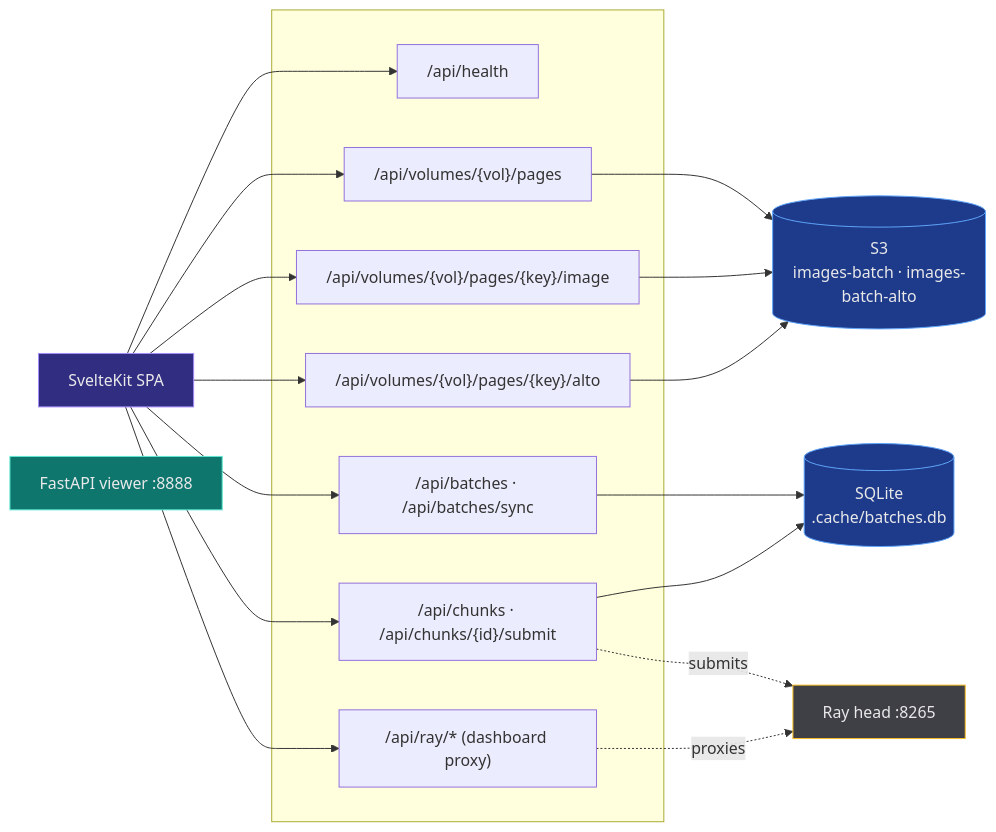
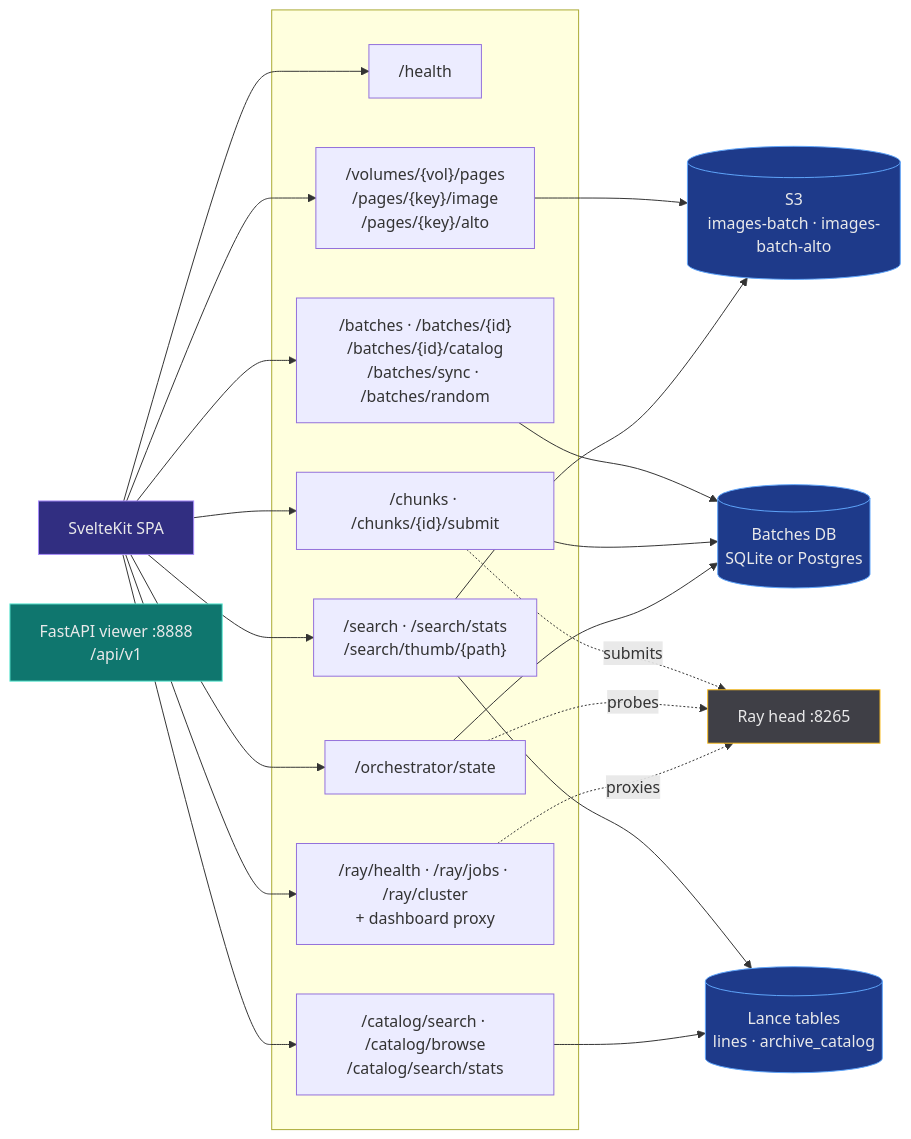
Before and after one commit to AI-Riksarkivet/rask: the fourth of 5 diagrams in docs/architecture/system-overview.md, drawn with Mermaid. The commit also changed other lines of this file and 9 other files, not shown here.

````diff
--- a/docs/architecture/system-overview.md
+++ b/docs/architecture/system-overview.md
@@ -197,41 +223,48 @@
 ```mermaid
 flowchart LR
     spa["SvelteKit SPA"]
-    api["FastAPI viewer :8888"]
+    api["FastAPI viewer :8888<br/>/api/v1"]
 
     subgraph endpoints[" "]
-        e1["/api/health"]
-        e2["/api/volumes/{vol}/pages"]
-        e3["/api/volumes/{vol}/pages/{key}/image"]
-        e4["/api/volumes/{vol}/pages/{key}/alto"]
-        e5["/api/batches · /api/batches/sync"]
-        e6["/api/chunks · /api/chunks/{id}/submit"]
-        e7["/api/ray/* (dashboard proxy)"]
+        e1["/health"]
+        e2["/volumes/{vol}/pages<br/>/pages/{key}/image<br/>/pages/{key}/alto"]
+        e3["/batches · /batches/{id}<br/>/batches/{id}/catalog<br/>/batches/sync · /batches/random"]
+        e4["/chunks · /chunks/{id}/submit"]
+        e5["/search · /search/stats<br/>/search/thumb/{path}"]
+        e6["/catalog/search · /catalog/browse<br/>/catalog/search/stats"]
+        e7["/orchestrator/state"]
+        e8["/ray/health · /ray/jobs · /ray/cluster<br/>+ dashboard proxy"]
     end
 
     s3[("S3<br/>images-batch · images-batch-alto")]
-    db[(SQLite<br/>.cache/batches.db)]
+    db[("Batches DB<br/>SQLite or Postgres")]
+    lance[("Lance tables<br/>lines · archive_catalog")]
     rayhead["Ray head :8265"]
 
     spa --> e1
     spa --> e2
     spa --> e3
     spa --> e4
     spa --> e5
     spa --> e6
     spa --> e7
+    spa --> e8
 
     e2 --> s3
-    e3 --> s3
-    e4 --> s3
-    e5 --> db
-    e6 --> db
-    e6 -.submits.-> rayhead
-    e7 -.proxies.-> rayhead
+    e3 --> db
+    e4 --> db
+    e4 -.submits.-> rayhead
+    e5 --> lance
+    e5 --> s3
+    e6 --> lance
+    e7 --> db
+    e7 -.probes.-> rayhead
+    e8 -.proxies.-> rayhead
 
     style spa fill:#312e81,stroke:#a78bfa,color:#e9e9ea
     style api fill:#0f766e,stroke:#5eead4,color:#e9e9ea
     style s3 fill:#1e3a8a,stroke:#60a5fa,color:#e9e9ea
     style db fill:#1e3a8a,stroke:#60a5fa,color:#e9e9ea
+    style lance fill:#1e3a8a,stroke:#60a5fa,color:#e9e9ea
     style rayhead fill:#3f3f46,stroke:#fbbf24,color:#e9e9ea
 ```
````
